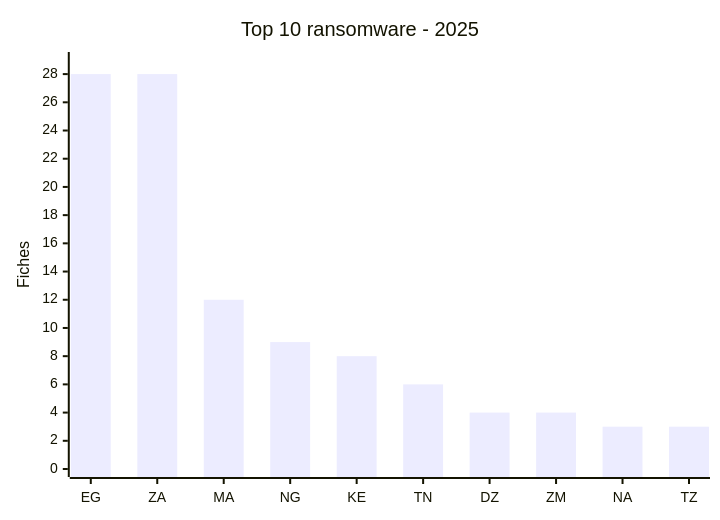
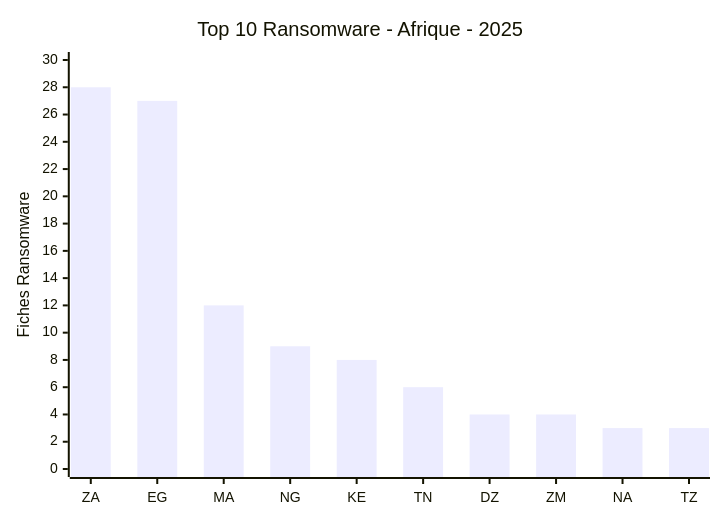
The fourth of 5 diagrams in CyberAttackAfrica/2025/README_FR.md (Hatchepsoute/AFRINTEL), drawn with Mermaid before and after one commit. The commit also changed other lines of this file and 35 other files, not shown here.

````diff
--- a/CyberAttackAfrica/2025/README_FR.md
+++ b/CyberAttackAfrica/2025/README_FR.md
@@ -251,7 +329,7 @@
 ```mermaid
-xychart
-    title "Top 10 ransomware - 2025"
-    x-axis ["EG","ZA","MA","NG","KE","TN","DZ","ZM","NA","TZ"]
-    y-axis "Fiches" 0 --> 29
-    bar [28,28,12,9,8,6,4,4,3,3]
+xychart-beta
+    title "Top 10 Ransomware - Afrique - 2025"
+    x-axis ["ZA","EG","MA","NG","KE","TN","DZ","ZM","NA","TZ"]
+    y-axis "Fiches Ransomware" 0 --> 30
+    bar [28,27,12,9,8,6,4,4,3,3]
 ```
````
